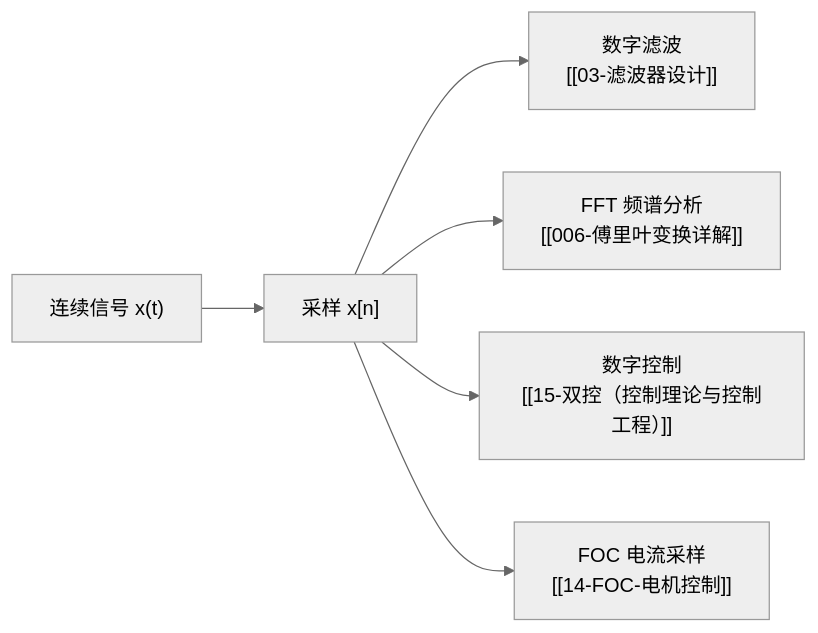
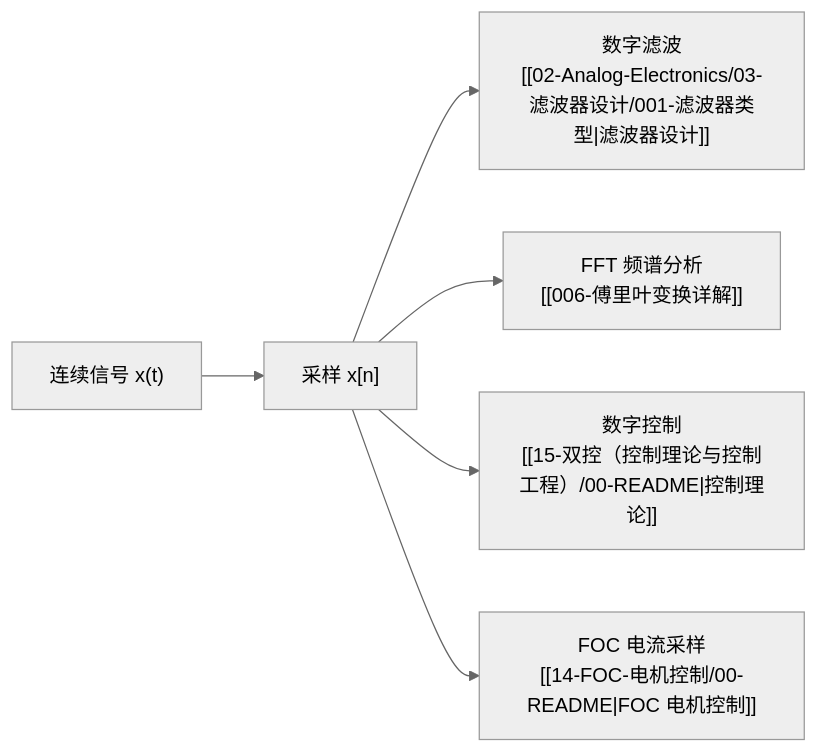
One commit to ccwanggl/EEKnowledgeSpace changed the first of 9 diagrams in 01-Foundations/05-信号与系统/010-采样、混叠与重建.md. Above: the diagram before and after it, drawn with Mermaid (neutral theme). The commit also changed other lines of this file and 17 other files, not shown here.

````diff
--- a/01-Foundations/05-信号与系统/010-采样、混叠与重建.md
+++ b/01-Foundations/05-信号与系统/010-采样、混叠与重建.md
@@ -45,15 +45,15 @@
 ```mermaid
 graph LR
     A["连续信号 x(t)"]
     B["采样 x[n]"]
-    C["数字滤波<br/>[[03-滤波器设计]]"]
+    C["数字滤波<br/>[[02-Analog-Electronics/03-滤波器设计/001-滤波器类型|滤波器设计]]"]
     D["FFT 频谱分析<br/>[[006-傅里叶变换详解]]"]
-    E["数字控制<br/>[[15-双控（控制理论与控制工程）]]"]
-    F["FOC 电流采样<br/>[[14-FOC-电机控制]]"]
-    
+    E["数字控制<br/>[[15-双控（控制理论与控制工程）/00-README|控制理论]]"]
+    F["FOC 电流采样<br/>[[14-FOC-电机控制/00-README|FOC 电机控制]]"]
+
     A --> B
     B --> C
     B --> D
     B --> E
     B --> F
 ```
````
